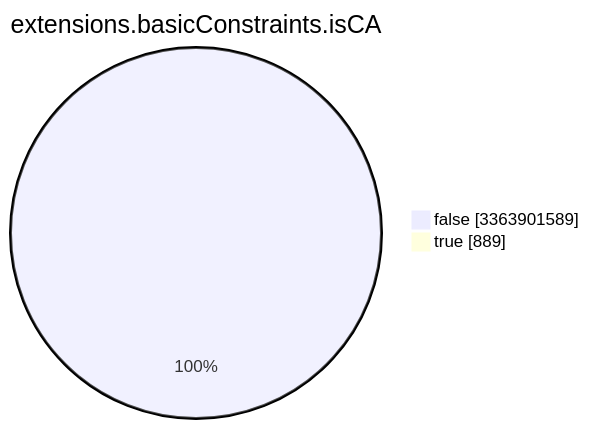
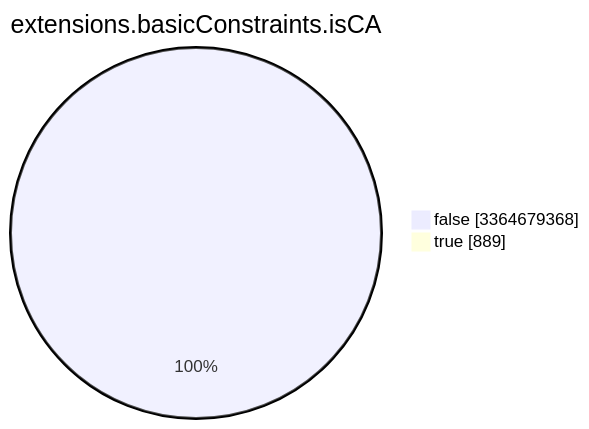
The seventh of 15 diagrams in TOTAL/README.md (christiankrug/ctmonitor_visualization), drawn with Mermaid before and after one commit. The commit also changed other lines of this file, not shown here.

````diff
--- a/TOTAL/README.md
+++ b/TOTAL/README.md
@@ -3090,6 +3090,6 @@
 ```mermaid
 pie showData
 title extensions.basicConstraints.isCA
-"false" :3363901589
+"false" :3364679368
 "true" :889
 ```
````
